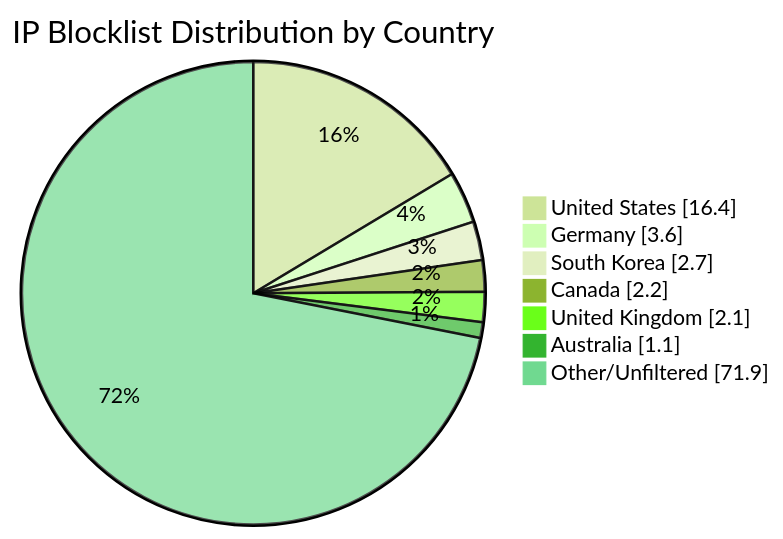
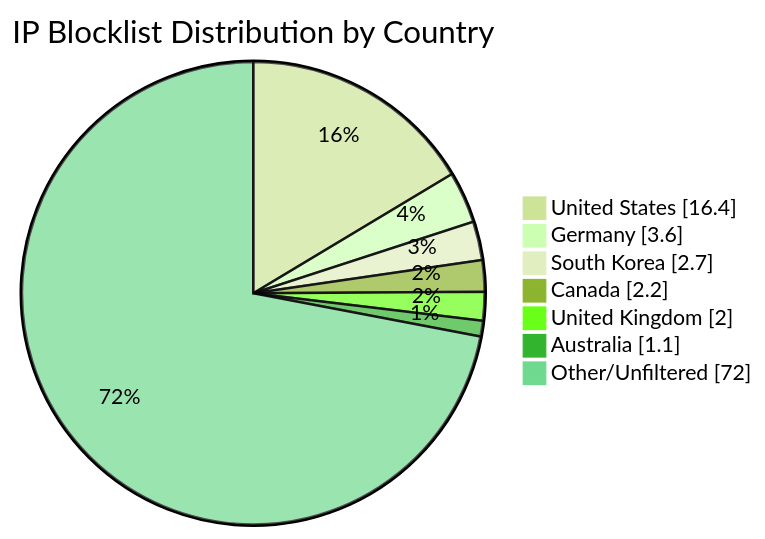
One commit to MarcusHoltz/ipblocklist-geofiltered-aggregator changed the diagram in README.md. Above: the diagram before and after it, drawn with Mermaid (forest theme). The commit also changed other lines of this file and 9 other files, not shown here.

````diff
--- a/README.md
+++ b/README.md
@@ -34,10 +34,10 @@
 ```mermaid
 pie showData title IP Blocklist Distribution by Country
 "United States" : 16.4
 "Germany" : 3.6
 "South Korea" : 2.7
 "Canada" : 2.2
-"United Kingdom" : 2.1
+"United Kingdom" : 2.0
 "Australia" : 1.1
-"Other/Unfiltered" : 71.9
+"Other/Unfiltered" : 72.0
 ```
````
